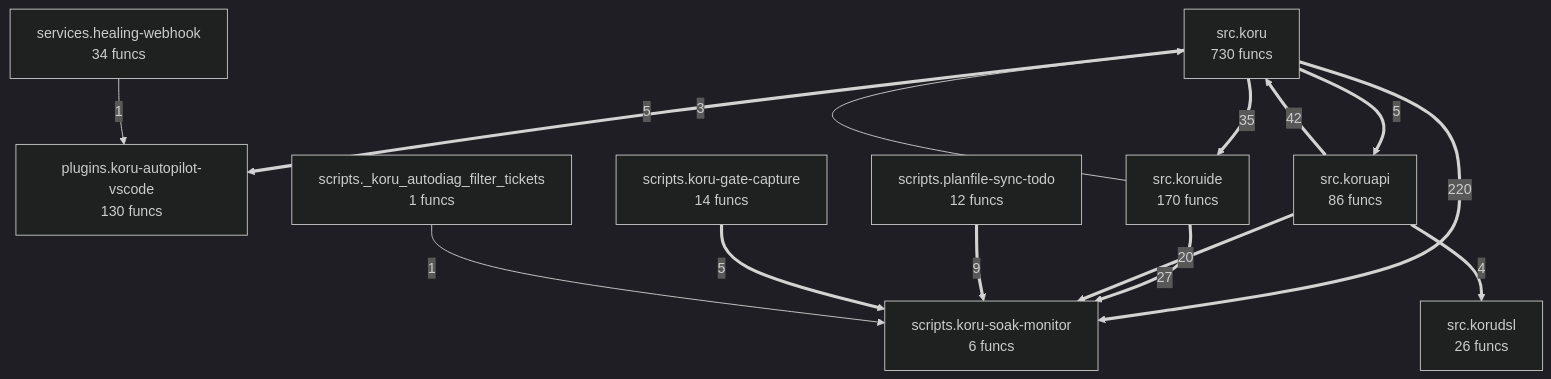
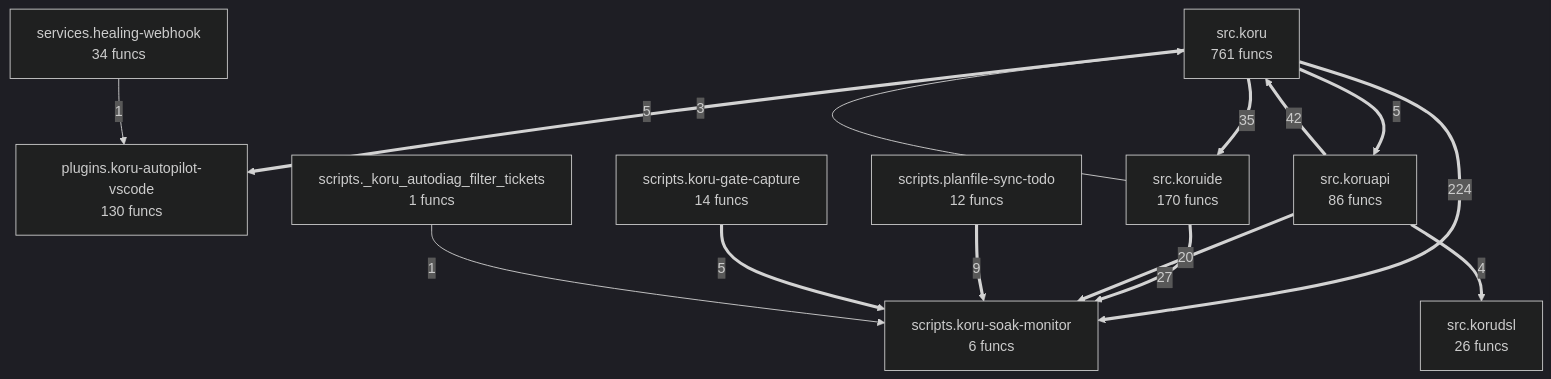
One commit to semcod/koru changed the diagram in project/compact_flow.mmd. Above: the diagram before and after it, drawn with Mermaid (dark theme). The commit also changed 49 other files, not shown here.

```diff
--- a/project/compact_flow.mmd
+++ b/project/compact_flow.mmd
@@ -1,25 +1,25 @@
 flowchart TD
-%% generated in 0.03s
+%% generated in 0.06s
     plugins__koru_autopilot_vscode["plugins.koru-autopilot-vscode<br/>130 funcs"]
     scripts___koru_autodiag_filter_tickets["scripts._koru_autodiag_filter_tickets<br/>1 funcs"]
     scripts__koru_gate_capture["scripts.koru-gate-capture<br/>14 funcs"]
     scripts__koru_soak_monitor["scripts.koru-soak-monitor<br/>6 funcs"]
     scripts__planfile_sync_todo["scripts.planfile-sync-todo<br/>12 funcs"]
     services__healing_webhook["services.healing-webhook<br/>34 funcs"]
-    src__koru["src.koru<br/>730 funcs"]
+    src__koru["src.koru<br/>761 funcs"]
     src__koruapi["src.koruapi<br/>86 funcs"]
     src__korudsl["src.korudsl<br/>26 funcs"]
     src__koruide["src.koruide<br/>170 funcs"]
-    src__koru ==>|220| scripts__koru_soak_monitor
+    src__koru ==>|224| scripts__koru_soak_monitor
     src__koruapi ==>|42| src__koru
     src__koru ==>|35| src__koruide
     src__koruide ==>|27| scripts__koru_soak_monitor
     src__koruapi ==>|20| scripts__koru_soak_monitor
     scripts__planfile_sync_todo ==>|9| scripts__koru_soak_monitor
     src__koru ==>|5| plugins__koru_autopilot_vscode
     src__koru ==>|5| src__koruapi
     scripts__koru_gate_capture ==>|5| scripts__koru_soak_monitor
     src__koruapi ==>|4| src__korudsl
     src__koruide -->|3| src__koru
     services__healing_webhook -->|1| plugins__koru_autopilot_vscode
     scripts___koru_autodiag_filter_tickets -->|1| scripts__koru_soak_monitor
```
